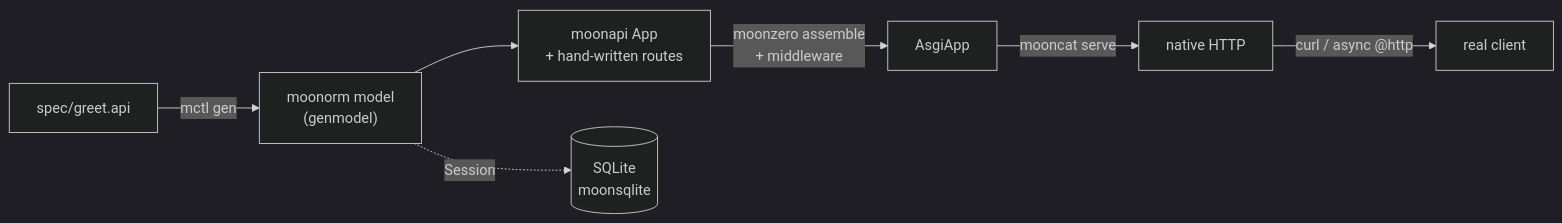
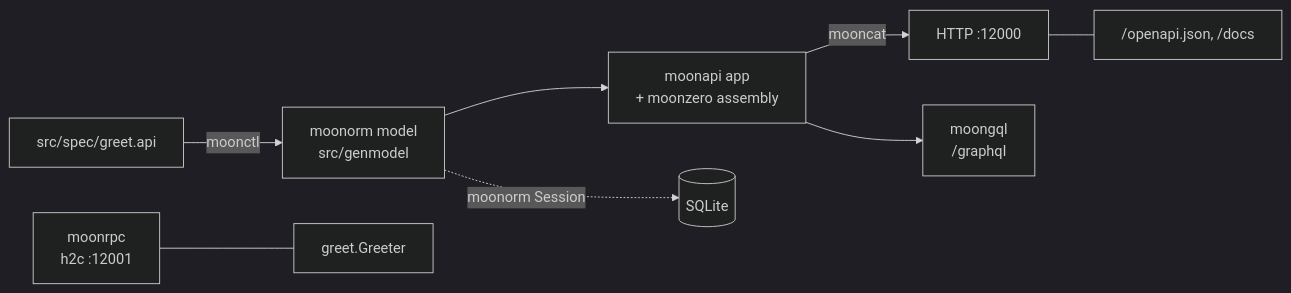
One commit to moonbitstack/moonhelo changed the diagram in README.md. Above: the diagram before and after it, drawn with Mermaid (dark theme). The commit also changed other lines of this file and 6 other files, not shown here.

````diff
--- a/README.md
+++ b/README.md
@@ -17,9 +23,10 @@
 ```mermaid
 flowchart LR
-  api["spec/greet.api"] -->|mctl gen| model["moonorm model<br/>(genmodel)"]
-  model --> app["moonapi App<br/>+ hand-written routes"]
-  app -->|moonzero assemble<br/>+ middleware| asgi["AsgiApp"]
-  asgi -->|mooncat serve| http["native HTTP"]
-  http -->|curl / async @http| client["real client"]
-  model -.->|Session| sqlite[("SQLite<br/>moonsqlite")]
+  api["src/spec/greet.api"] -->|"moonctl"| model["moonorm model<br/>src/genmodel"]
+  model --> server["moonapi app<br/>+ moonzero assembly"]
+  server -->|"mooncat"| http["HTTP :12000"]
+  model -.->|"moonorm Session"| sqlite[("SQLite")]
+  server --> gql["moongql<br/>/graphql"]
+  http --- openapi["/openapi.json, /docs"]
+  rpc["moonrpc<br/>h2c :12001"] --- grpc["greet.Greeter"]
 ```
````
